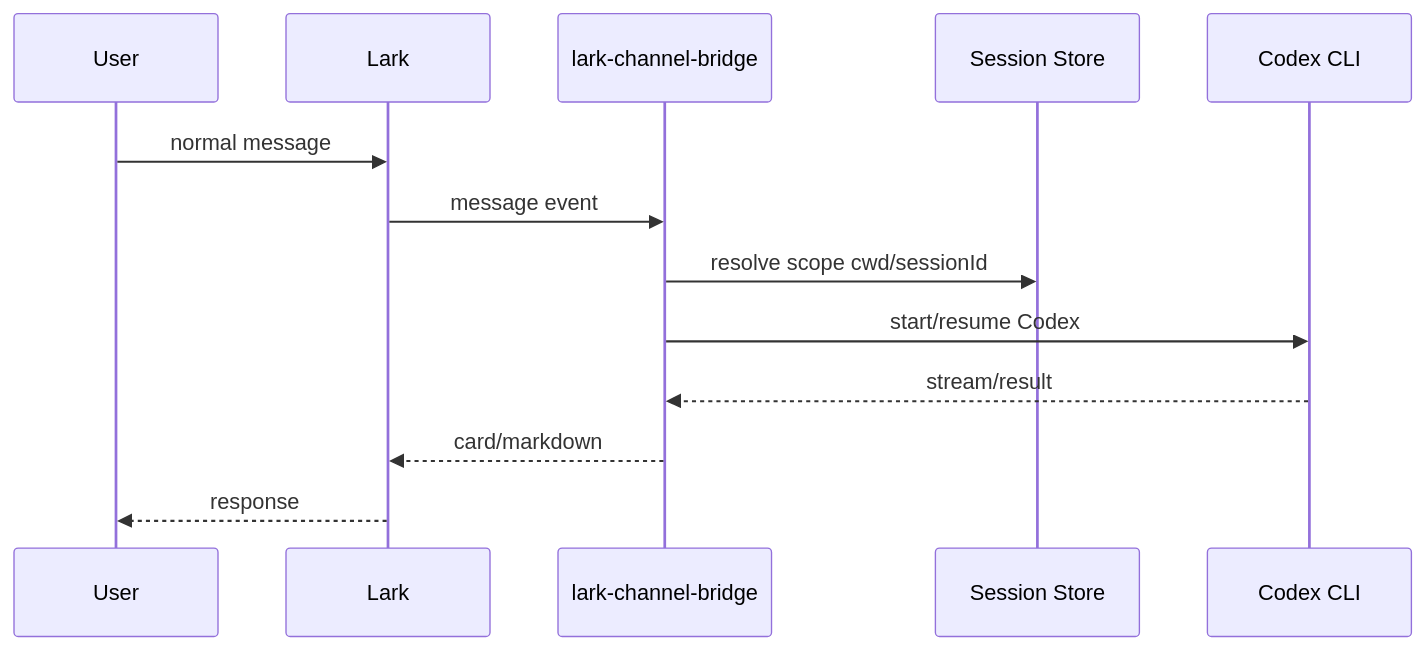
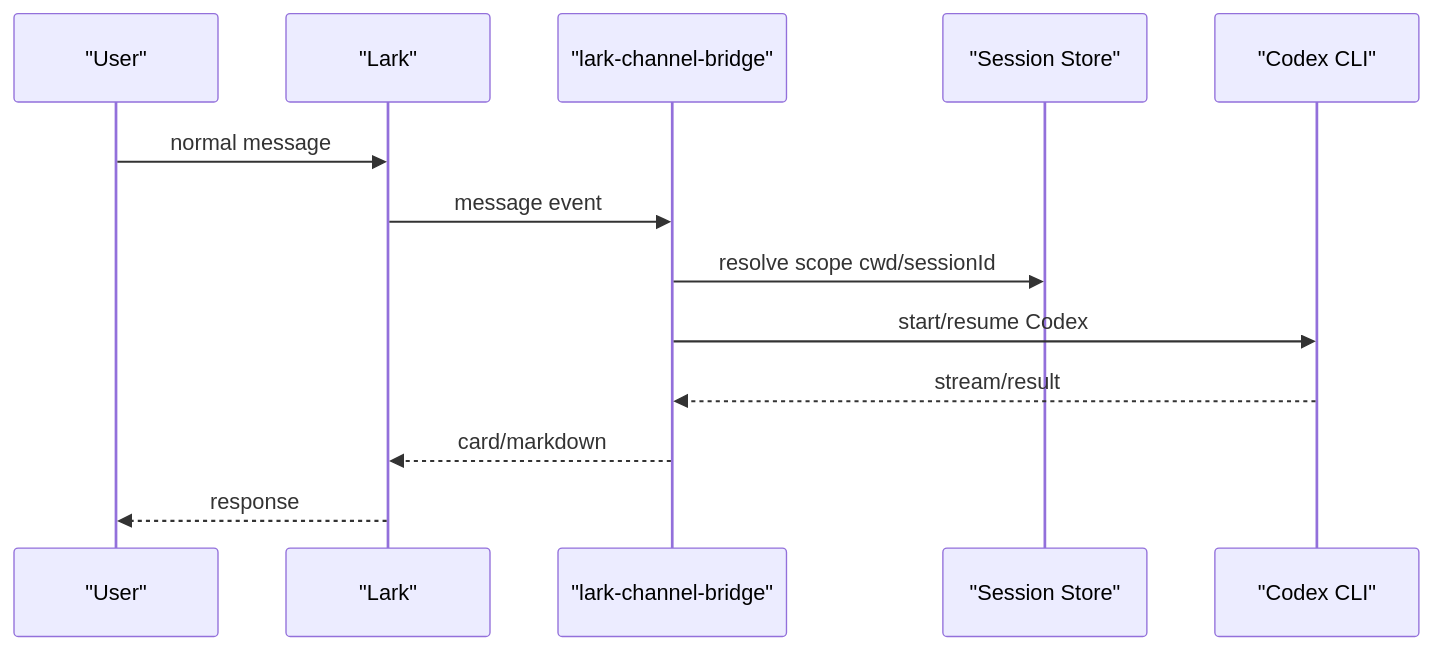
The first of 4 diagrams in local-docs/02-lark-bridge-codex-architecture.md (denven/lark-coding-agent-bridge), drawn with Mermaid before and after one commit. The commit also changed other lines of this file and 7 other files, not shown here.

````diff
--- a/local-docs/02-lark-bridge-codex-architecture.md
+++ b/local-docs/02-lark-bridge-codex-architecture.md
@@ -58,16 +58,16 @@
 ```mermaid
 sequenceDiagram
-    participant U as User
-    participant L as Lark
-    participant B as lark-channel-bridge
-    participant S as Session Store
-    participant C as Codex CLI
+    participant U as "User"
+    participant L as "Lark"
+    participant B as "lark-channel-bridge"
+    participant S as "Session Store"
+    participant C as "Codex CLI"
 
     U->>L: normal message
     L->>B: message event
     B->>S: resolve scope cwd/sessionId
     B->>C: start/resume Codex
     C-->>B: stream/result
     B-->>L: card/markdown
     L-->>U: response
 ```
````
